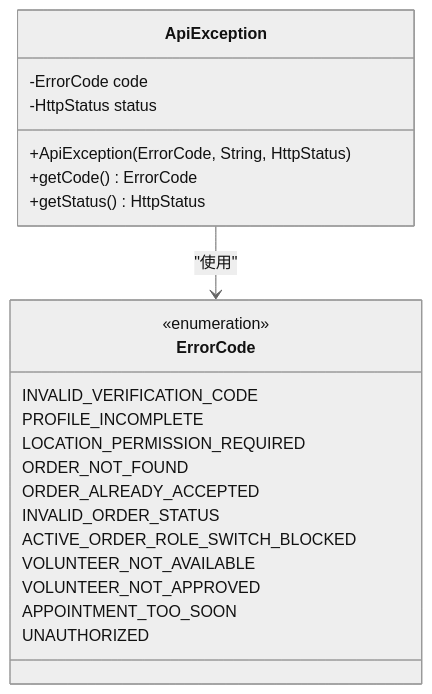
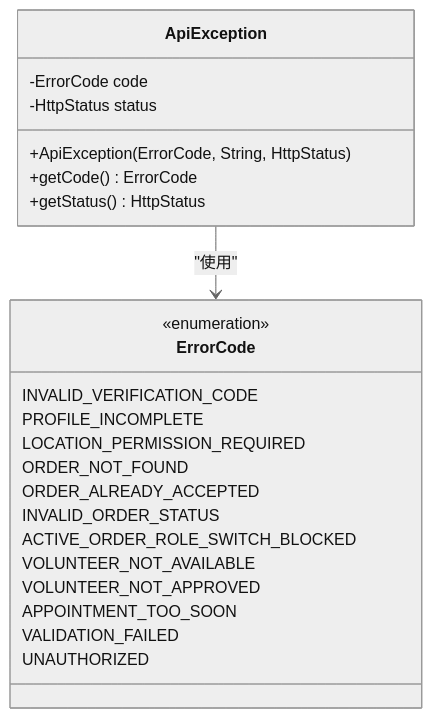
The second of 5 diagrams in .qoder/repowiki/zh/content/API 接口文档/错误处理与响应.md (Jayden23018/blind-run-ios), drawn with Mermaid (neutral theme) before and after one commit. The commit also changed other lines of this file and 35 other files, not shown here.

Commit message:
Implement backend auth and role-switch flow

````diff
--- a/.qoder/repowiki/zh/content/API 接口文档/错误处理与响应.md
+++ b/.qoder/repowiki/zh/content/API 接口文档/错误处理与响应.md
@@ -90,25 +90,26 @@
 ```mermaid
 classDiagram
 class ApiException {
 -ErrorCode code
 -HttpStatus status
 +ApiException(ErrorCode, String, HttpStatus)
 +getCode() ErrorCode
 +getStatus() HttpStatus
 }
 class ErrorCode {
 <<enumeration>>
 INVALID_VERIFICATION_CODE
 PROFILE_INCOMPLETE
 LOCATION_PERMISSION_REQUIRED
 ORDER_NOT_FOUND
 ORDER_ALREADY_ACCEPTED
 INVALID_ORDER_STATUS
 ACTIVE_ORDER_ROLE_SWITCH_BLOCKED
 VOLUNTEER_NOT_AVAILABLE
 VOLUNTEER_NOT_APPROVED
 APPOINTMENT_TOO_SOON
+VALIDATION_FAILED
 UNAUTHORIZED
 }
 ApiException --> ErrorCode : "使用"
 ```
````
